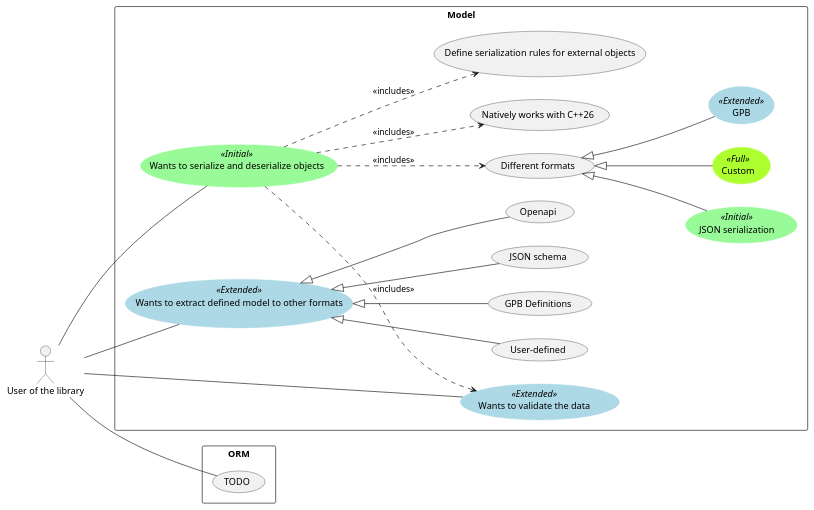
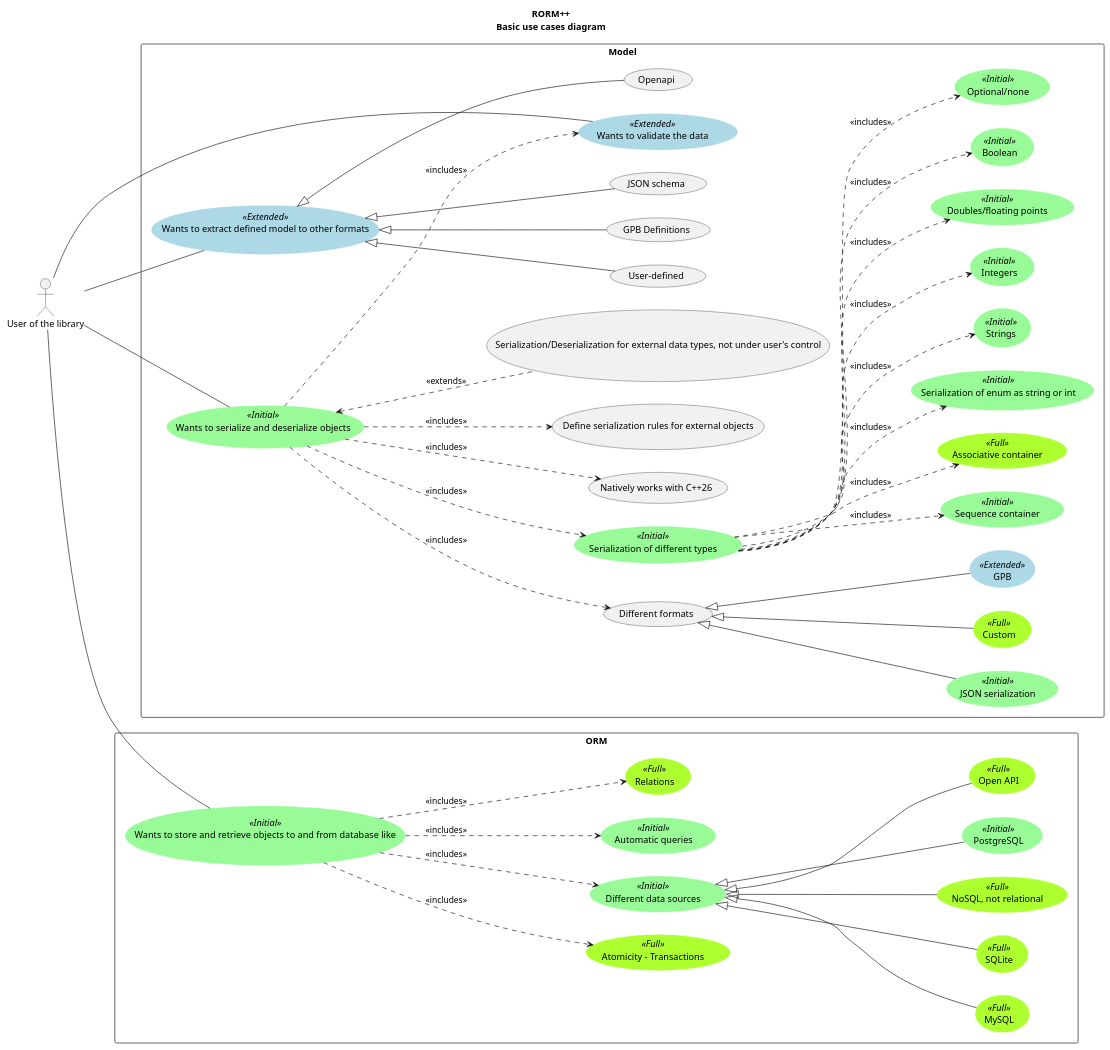
The diagram in doc/development/arch/diagrams/rorm_use_case_diagram.puml (alex-ganyukhin/rorm-pp), drawn with PlantUML before and after one commit.

Commit message:
Basic usecases

```diff
--- a/doc/development/arch/diagrams/rorm_use_case_diagram.puml
+++ b/doc/development/arch/diagrams/rorm_use_case_diagram.puml
@@ -1,64 +1,117 @@
 @startuml rorm_use_case_diagram
+
+title
+RORM++
+Basic use cases diagram
+end title
+
 
 left to right direction
 
 
 skinparam usecase {
 BackgroundColor<< Initial >> PaleGreen
 BorderColor<< Initial >> PaleGreen
 
 BackgroundColor<< Full >> GreenYellow
 BorderColor<< Full >> GreenYellow
 
 BackgroundColor<< Extended >> LightBlue
 BorderColor<< Extended >> LightBlue
 }
 
 
 
 actor "User of the library" as usr
 
 rectangle "Model" {
     (Wants to serialize and deserialize objects) as (serialization) << Initial >>
 
 
     ' Formats of the serialization
     (Different formats) as (formats)
 
     (JSON serialization) << Initial >>
     (Custom) << Full >>
     (GPB) << Extended >>
 
     (formats) <|-- (JSON serialization) << Initial >>
     (formats) <|-- (Custom)
     (formats) <|-- (GPB)
 
+    ' Serialization of types
+    (Serialization of enum as string or int) as (serialize_enum) << Initial >>
+    (Strings) as (string) <<Initial>>
+    (Integers) as (int) <<Initial>>
+    (Doubles/floating points) as (double) <<Initial>>
+    (Boolean) as (bool) <<Initial>>
+    (Optional/none) as (optional) <<Initial>>
+    (Sequence container) as (sequence_container) <<Initial>>
+    (Associative container) as (associative_container) <<Full>>
+
+
+    (Serialization of different types) as (types) << Initial >>
+    (types) ..> (serialize_enum) : <<includes>>
+    (types) ..> (string) : <<includes>>
+    (types) ..> (int) : <<includes>>
+    (types) ..> (double) : <<includes>>
+    (types) ..> (bool) : <<includes>>
+    (types) ..> (optional) : <<includes>>
+    (types) ..> (sequence_container) : <<includes>>
+    (types) ..> (associative_container) : <<includes>>
+
+
     (serialization) ..> (formats) : <<includes>>
     (serialization) ..> (validation) : <<includes>>
     (serialization) ..> (Natively works with C++26) : <<includes>>
     (serialization) ..> (Define serialization rules for external objects) : <<includes>>
+    (serialization) <.. (Serialization/Deserialization for external data types, not under user's control) : <<extends>>
+    (serialization) ..> (types) : <<includes>>
 
 
     ' extract
     (extract_model) <|-- (JSON schema)
     (extract_model) <|-- (Openapi)
     (extract_model) <|-- (User-defined)
     (extract_model) <|-- (GPB Definitions)
 
 
     (Wants to extract defined model to other formats) as (extract_model) <<Extended>>
     (Wants to validate the data) as (validation) <<Extended>>
 }
 
 rectangle "ORM" {
-    (TODO)
+    (Wants to store and retrieve objects to and from database like) as (orm_store_and_retrieve) << Initial >>
+
+    (Automatic queries) as (auto_queries) << Initial >>
+    (Relations) << Full >>
+    (Atomicity - Transactions) as (atomic) << Full >>
+    (Different data sources) as (data_sources) << Initial >>
+
+
+    (PostgreSQL) << Initial >>
+    (Open API) << Full >>
+    (MySQL) << Full >>
+    (SQLite) << Full >>
+    (NoSQL, not relational) << Full >>
+
+    (data_sources) <|-- (PostgreSQL) << Initial >>
+    (data_sources) <|-- (Open API) << Full >>
+    (data_sources) <|-- (MySQL) << Full >>
+    (data_sources) <|-- (SQLite) << Full >>
+    (data_sources) <|-- (NoSQL, not relational) << Full >>
+
+    (orm_store_and_retrieve) ..> (auto_queries) : <<includes>>
+    (orm_store_and_retrieve) ..> (Relations) : <<includes>>
+    (orm_store_and_retrieve) ..> (atomic) : <<includes>>
+    (orm_store_and_retrieve) ..> (data_sources) : <<includes>>
 }
 
 
 :usr: -- (serialization)
 :usr: -- (extract_model)
 :usr: -- (validation)
 
-:usr: -- (TODO)
+:usr: -- (orm_store_and_retrieve)
 
 @enduml
```
